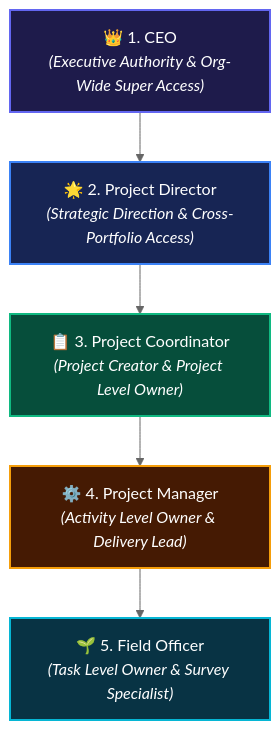
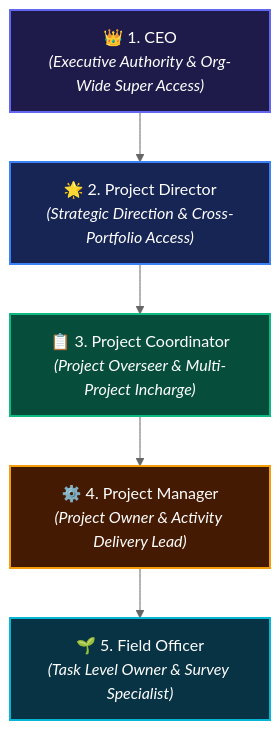
Before and after one commit to Krushi-Vikas/krushi-vikas: the first of 3 diagrams in USER_JOURNEY.md, drawn with Mermaid (neutral theme). The commit also changed other lines of this file and 4 other files, not shown here.

Commit message:
feat(permissions): update project ownership to manager with coordinator oversight and dashboard filtering

````diff
--- a/USER_JOURNEY.md
+++ b/USER_JOURNEY.md
@@ -11,22 +11,22 @@
 ```mermaid
 graph TD
     CEO["👑 1. CEO<br/><i>(Executive Authority & Org-Wide Super Access)</i>"]
     PD["🌟 2. Project Director<br/><i>(Strategic Direction & Cross-Portfolio Access)</i>"]
-    PC["📋 3. Project Coordinator<br/><i>(Project Creator & Project Level Owner)</i>"]
-    PM["⚙️ 4. Project Manager<br/><i>(Activity Level Owner & Delivery Lead)</i>"]
+    PC["📋 3. Project Coordinator<br/><i>(Project Overseer & Multi-Project Incharge)</i>"]
+    PM["⚙️ 4. Project Manager<br/><i>(Project Owner & Activity Delivery Lead)</i>"]
     FO["🌱 5. Field Officer<br/><i>(Task Level Owner & Survey Specialist)</i>"]
 
     CEO --> PD --> PC --> PM --> FO
 
     classDef exec fill:#1e1b4b,stroke:#6366f1,stroke-width:2px,color:#fff;
     classDef dir fill:#172554,stroke:#3b82f6,stroke-width:2px,color:#fff;
     classDef coord fill:#064e3b,stroke:#10b981,stroke-width:2px,color:#fff;
     classDef mgr fill:#451a03,stroke:#f59e0b,stroke-width:2px,color:#fff;
     classDef fo fill:#083344,stroke:#06b6d4,stroke-width:2px,color:#fff;
 
     class CEO exec;
     class PD dir;
     class PC coord;
     class PM mgr;
     class FO fo;
 ```
````
